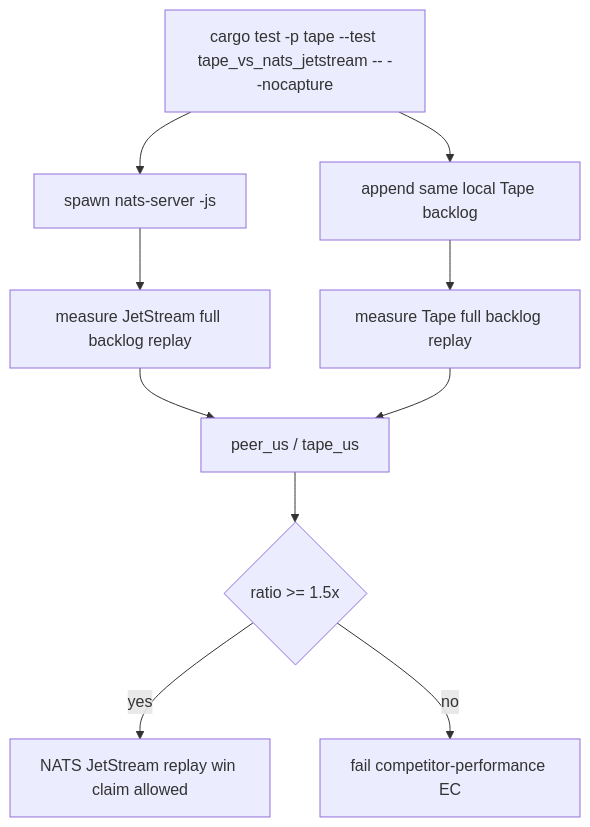
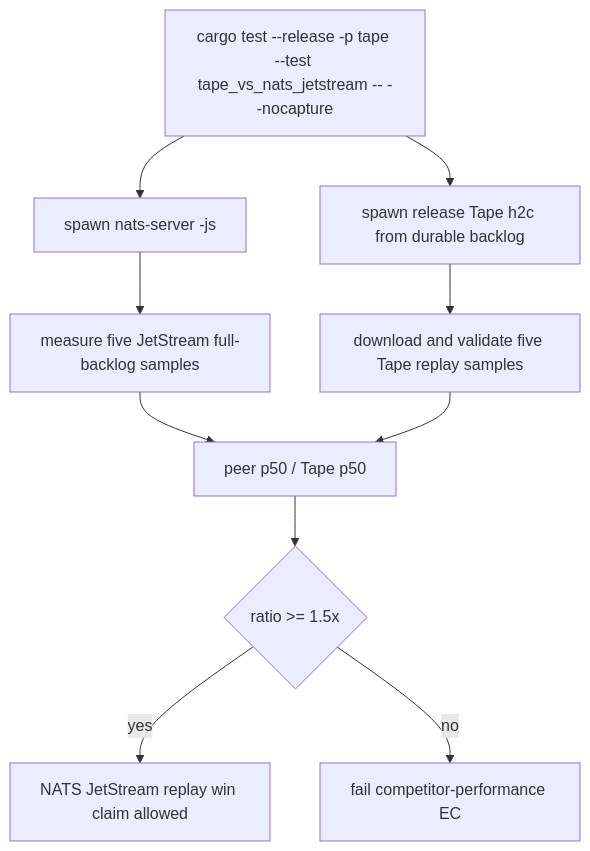
The diagram in apps/tape/tech-design/semantic/source/apps-tape-tests-tape-vs-nats-jetstream-rs.md (chrischeng-c4/axiom), drawn with Mermaid before and after one commit. The commit also changed other lines of this file and 297 other files, not shown here.

````diff
--- a/apps/tape/tech-design/semantic/source/apps-tape-tests-tape-vs-nats-jetstream-rs.md
+++ b/apps/tape/tech-design/semantic/source/apps-tape-tests-tape-vs-nats-jetstream-rs.md
@@ -28,15 +29,15 @@
 ```mermaid
 ---
 id: tape-td-flow
 ---
 flowchart TD
-    test["cargo test -p tape --test tape_vs_nats_jetstream -- --nocapture"] --> nats["spawn nats-server -js"]
-    test --> tape["append same local Tape backlog"]
-    nats --> replay_nats["measure JetStream full backlog replay"]
-    tape --> replay_tape["measure Tape full backlog replay"]
-    replay_nats --> ratio["peer_us / tape_us"]
+    test["cargo test --release -p tape --test tape_vs_nats_jetstream -- --nocapture"] --> nats["spawn nats-server -js"]
+    test --> tape["spawn release Tape h2c from durable backlog"]
+    nats --> replay_nats["measure five JetStream full-backlog samples"]
+    tape --> replay_tape["download and validate five Tape replay samples"]
+    replay_nats --> ratio["peer p50 / Tape p50"]
     replay_tape --> ratio
     ratio --> gate{"ratio >= 1.5x"}
     gate -->|yes| pass["NATS JetStream replay win claim allowed"]
     gate -->|no| fail["fail competitor-performance EC"]
 ```
````
